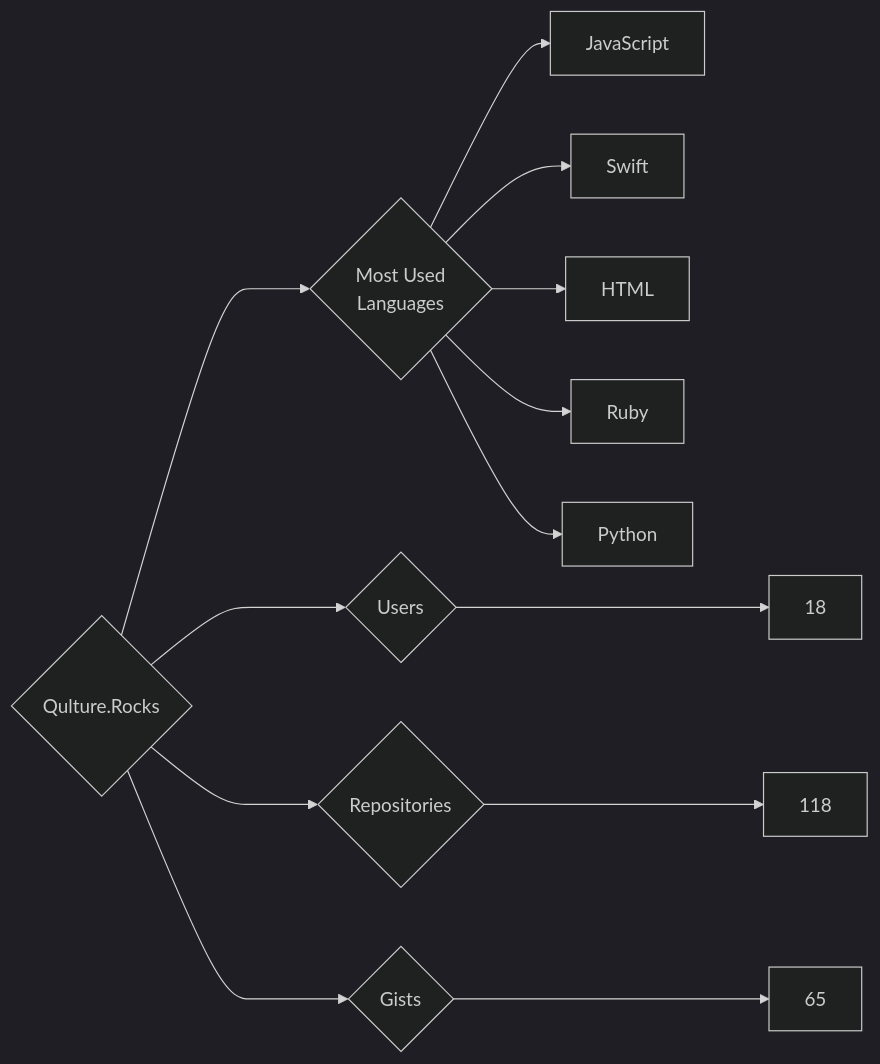
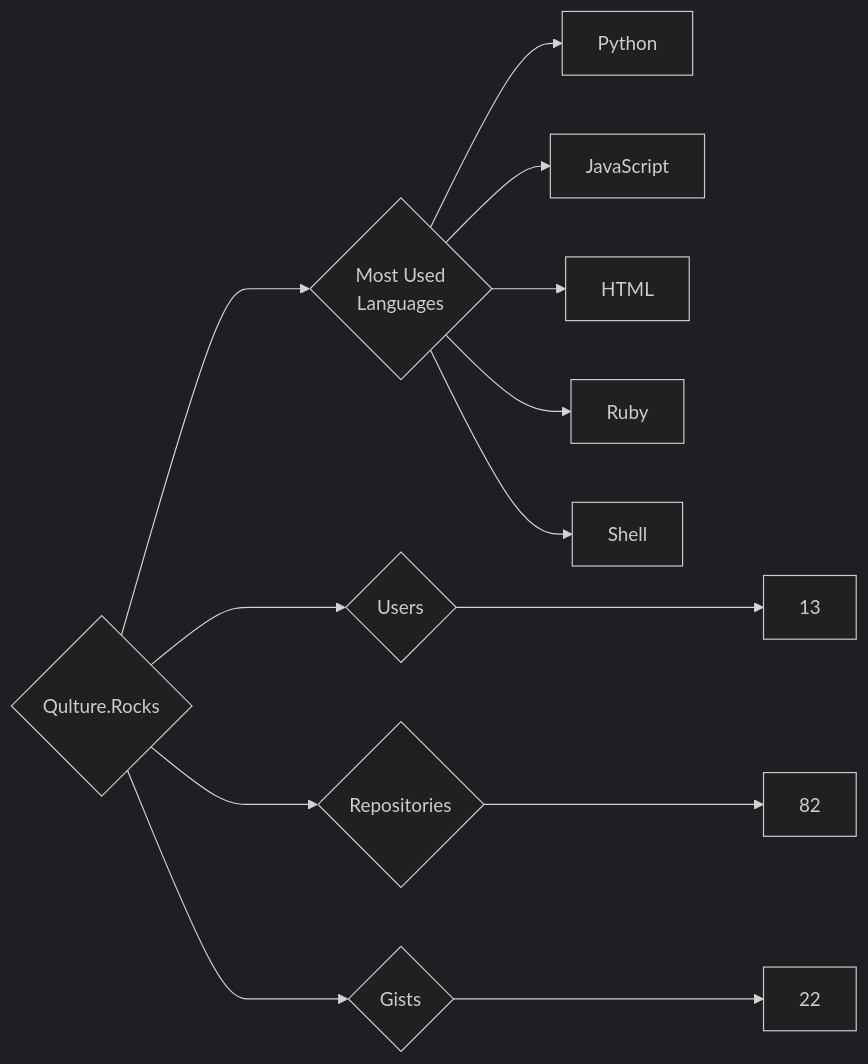
One commit to trickest/insiders changed the diagram in targets/Qulture.Rocks/README.md. Above: the diagram before and after it, drawn with Mermaid (dark theme). The commit also changed 976 other files, not shown here.

````diff
--- a/targets/Qulture.Rocks/README.md
+++ b/targets/Qulture.Rocks/README.md
@@ -3,13 +3,13 @@
 ```mermaid
 graph LR
 COMPANY_NAME{Qulture.Rocks}
-COMPANY_NAME ---> U{Users} ---> UN[18]
-COMPANY_NAME ---> R{Repositories} ---> RN[118]
-COMPANY_NAME ---> G{Gists} ---> GN[65]
+COMPANY_NAME ---> U{Users} ---> UN[13]
+COMPANY_NAME ---> R{Repositories} ---> RN[82]
+COMPANY_NAME ---> G{Gists} ---> GN[22]
 COMPANY_NAME ---> ML{Most Used<br>Languages}
+ML --> Python[Python]
 ML --> JavaScript[JavaScript]
-ML --> Swift[Swift]
 ML --> HTML[HTML]
 ML --> Ruby[Ruby]
-ML --> Python[Python]
+ML --> Shell[Shell]
 ```
````
